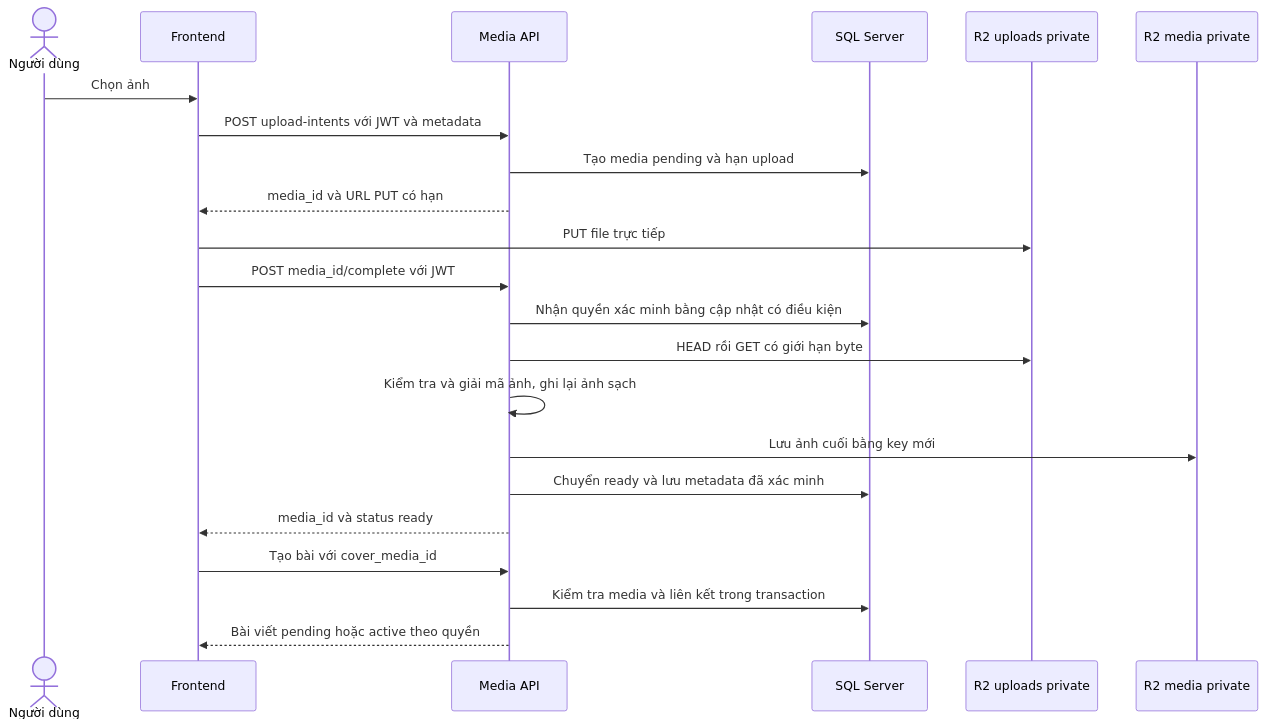
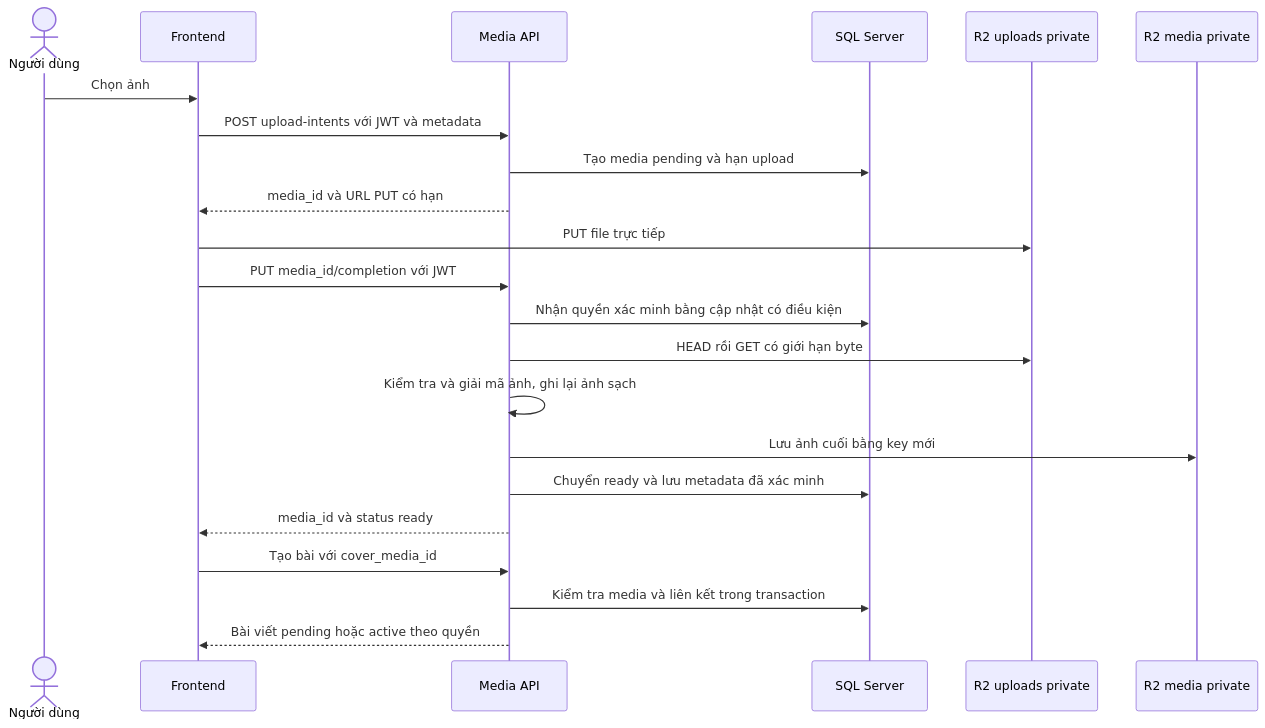
Before and after one commit to zaabinh/SE347-UITConnect: the first of 2 diagrams in docs/MEDIA_R2_DESIGN_vi.md, drawn with Mermaid. The commit also changed other lines of this file and 15 other files, not shown here.

````diff
--- a/docs/MEDIA_R2_DESIGN_vi.md
+++ b/docs/MEDIA_R2_DESIGN_vi.md
@@ -105,24 +120,24 @@
 ```mermaid
 sequenceDiagram
     actor U as Người dùng
     participant FE as Frontend
     participant BE as Media API
     participant DB as SQL Server
     participant TEMP as R2 uploads private
     participant FINAL as R2 media private
     U->>FE: Chọn ảnh
     FE->>BE: POST upload-intents với JWT và metadata
     BE->>DB: Tạo media pending và hạn upload
     BE-->>FE: media_id và URL PUT có hạn
     FE->>TEMP: PUT file trực tiếp
-    FE->>BE: POST media_id/complete với JWT
+    FE->>BE: PUT media_id/completion với JWT
     BE->>DB: Nhận quyền xác minh bằng cập nhật có điều kiện
     BE->>TEMP: HEAD rồi GET có giới hạn byte
     BE->>BE: Kiểm tra và giải mã ảnh, ghi lại ảnh sạch
     BE->>FINAL: Lưu ảnh cuối bằng key mới
     BE->>DB: Chuyển ready và lưu metadata đã xác minh
     BE-->>FE: media_id và status ready
     FE->>BE: Tạo bài với cover_media_id
     BE->>DB: Kiểm tra media và liên kết trong transaction
     BE-->>FE: Bài viết pending hoặc active theo quyền
 ```
````
